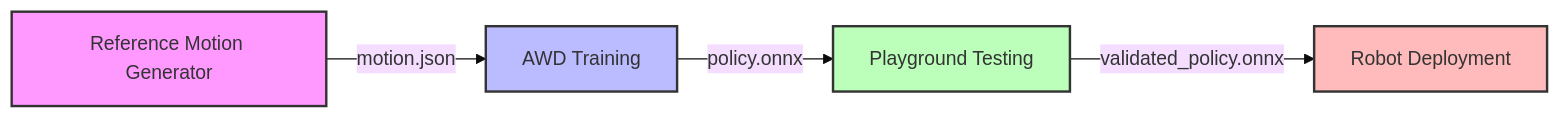
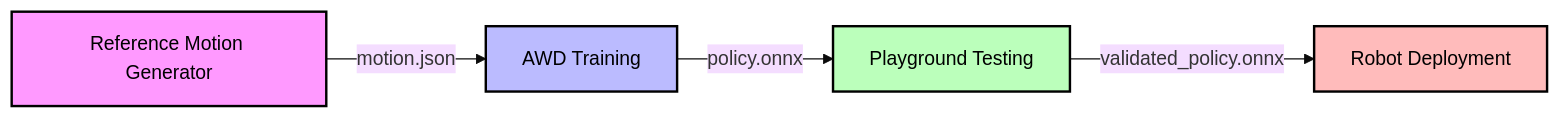
The second of 2 diagrams in docs/quickstart.md (Aronnaxx/Behold-Urwar-Droid-Concepts), drawn with Mermaid (base theme) before and after one commit.

Commit message:
better readability

````diff
--- a/docs/quickstart.md
+++ b/docs/quickstart.md
@@ -107,11 +107,11 @@
 ```mermaid
-graph LR
-    A[Reference Motion Generator] -->|motion.json| B[AWD Training]
-    B -->|policy.onnx| C[Playground Testing]
-    C -->|validated_policy.onnx| D[Robot Deployment]
-    
-    style A fill:#f9f,stroke:#333,stroke-width:2px
-    style B fill:#bbf,stroke:#333,stroke-width:2px
-    style C fill:#bfb,stroke:#333,stroke-width:2px
-    style D fill:#fbb,stroke:#333,stroke-width:2px
+flowchart LR
+    A["Reference Motion Generator"] -- "motion.json" --> B["AWD Training"]
+    B -- "policy.onnx" --> C["Playground Testing"]
+    C -- "validated_policy.onnx" --> D["Robot Deployment"]
+
+    style A fill:#f9f,stroke:#000000,stroke-width:2px,color:#000000
+    style B fill:#bbf,stroke:#000000,stroke-width:2px,color:#000000
+    style C fill:#bfb,stroke:#000000,stroke-width:2px,color:#000000
+    style D fill:#fbb,stroke:#000000,stroke-width:2px,color:#000000
 ```
````
